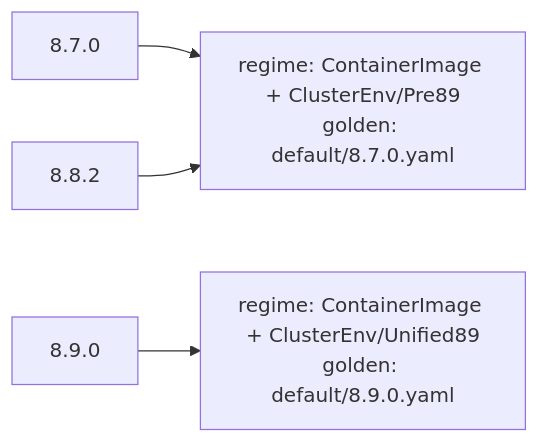
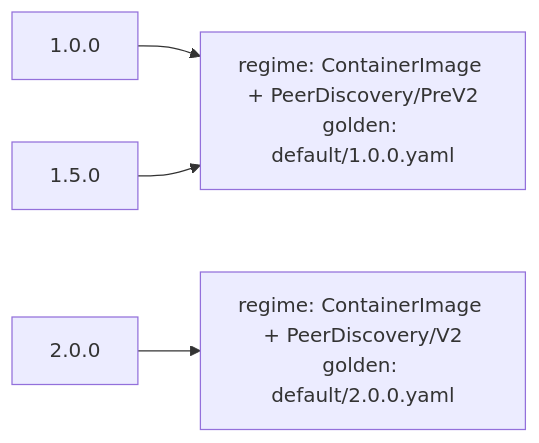
Before and after one commit to sourcehawk/operator-component-framework: the diagram in docs/testing.md, drawn with Mermaid. The commit also changed other lines of this file and 88 other files, not shown here.

````diff
--- a/docs/testing.md
+++ b/docs/testing.md
@@ -161,8 +328,8 @@
 ```mermaid
 flowchart LR
-    v1["8.7.0"] --> r1
-    v2["8.8.2"] --> r1
-    v3["8.9.0"] --> r2
-    r1["regime: ContainerImage + ClusterEnv/Pre89<br/>golden: default/8.7.0.yaml"]
-    r2["regime: ContainerImage + ClusterEnv/Unified89<br/>golden: default/8.9.0.yaml"]
+    v1["1.0.0"] --> r1
+    v2["1.5.0"] --> r1
+    v3["2.0.0"] --> r2
+    r1["regime: ContainerImage + PeerDiscovery/PreV2<br/>golden: default/1.0.0.yaml"]
+    r2["regime: ContainerImage + PeerDiscovery/V2<br/>golden: default/2.0.0.yaml"]
 ```
````
